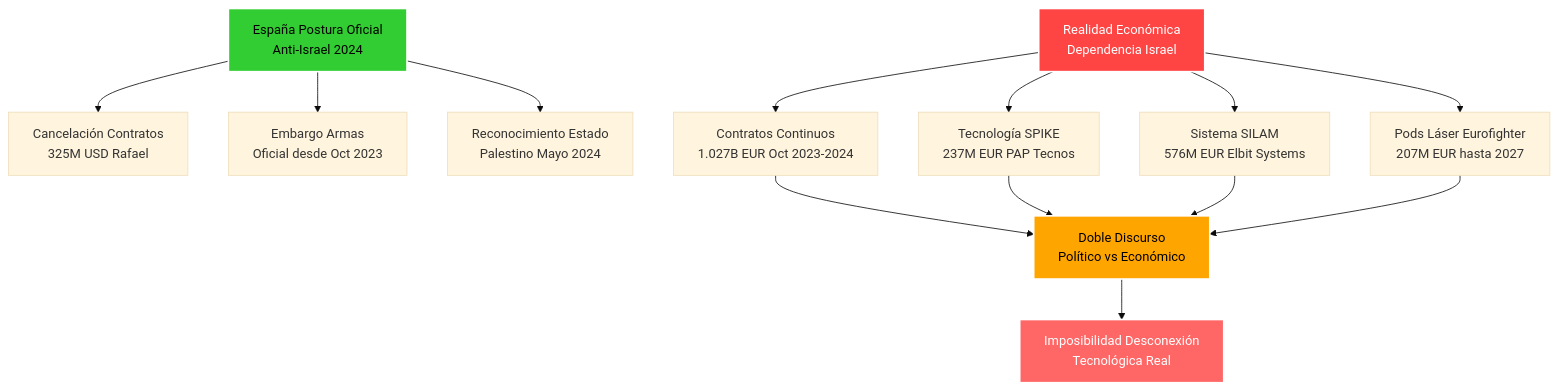
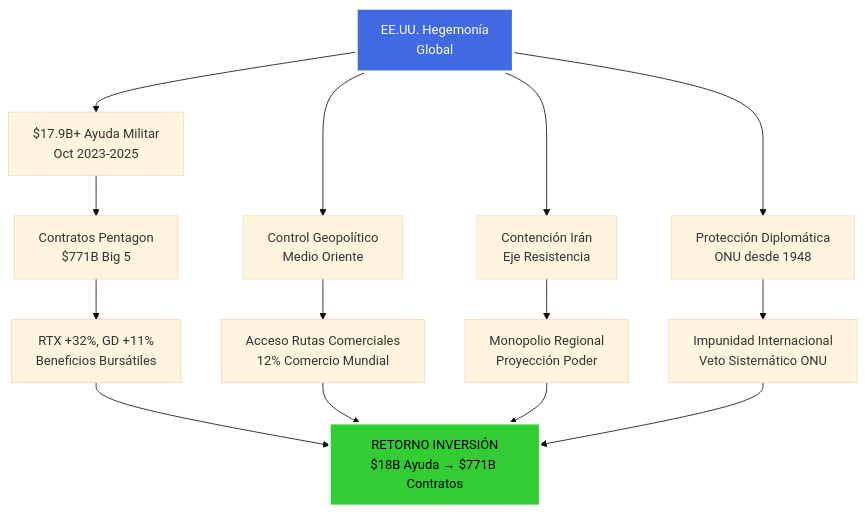
Before and after one commit to perpetuocambio/annotations: diagram 11 of 54 in intel/israel_geopolitical_analysis.md, drawn with Mermaid (base theme). The commit also changed other lines of this file, not shown here.

````diff
--- a/intel/israel_geopolitical_analysis.md
+++ b/intel/israel_geopolitical_analysis.md
@@ -514,23 +445,22 @@
 ```mermaid
 flowchart TD
-    A[España Postura Oficial<br/>Anti-Israel 2024] --> B[Cancelación Contratos<br/>325M USD Rafael]
-    A --> C[Embargo Armas<br/>Oficial desde Oct 2023]
-    A --> D[Reconocimiento Estado<br/>Palestino Mayo 2024]
-
-    E[Realidad Económica<br/>Dependencia Israel] --> F[Contratos Continuos<br/>1.027B EUR Oct 2023-2024]
-    E --> G[Tecnología SPIKE<br/>237M EUR PAP Tecnos]
-    E --> H[Sistema SILAM<br/>576M EUR Elbit Systems]
-    E --> I[Pods Láser Eurofighter<br/>207M EUR hasta 2027]
-
-    F --> J[Doble Discurso<br/>Político vs Económico]
-    G --> J
-    H --> J
-    I --> J
-
-    J --> K[Imposibilidad Desconexión<br/>Tecnológica Real]
-
-    style A fill:#32cd32,stroke:#fff,stroke-width:2px,color:#000
-    style E fill:#ff4444,stroke:#fff,stroke-width:2px,color:#fff
-    style J fill:#ffa500,stroke:#fff,stroke-width:2px,color:#000
-    style K fill:#ff6666,stroke:#fff,stroke-width:2px,color:#fff
+    A[EE.UU. Hegemonía<br/>Global] --> B[$17.9B+ Ayuda Militar<br/>Oct 2023-2025]
+    B --> C[Contratos Pentagon<br/>$771B Big 5]
+    
+    A --> D[Control Geopolítico<br/>Medio Oriente]
+    A --> E[Contención Irán<br/>Eje Resistencia]
+    A --> F[Protección Diplomática<br/>ONU desde 1948]
+    
+    C --> G[RTX +32%, GD +11%<br/>Beneficios Bursátiles]
+    D --> H[Acceso Rutas Comerciales<br/>12% Comercio Mundial]
+    E --> I[Monopolio Regional<br/>Proyección Poder]
+    F --> J[Impunidad Internacional<br/>Veto Sistemático ONU]
+    
+    G --> K[RETORNO INVERSIÓN<br/>$18B Ayuda → $771B Contratos]
+    H --> K
+    I --> K
+    J --> K
+    
+    style A fill:#4169e1,stroke:#fff,stroke-width:3px,color:#fff
+    style K fill:#32cd32,stroke:#fff,stroke-width:3px,color:#000
 ```
````
